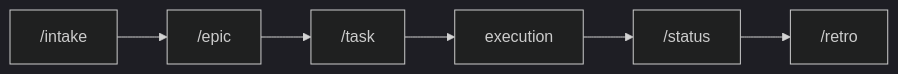
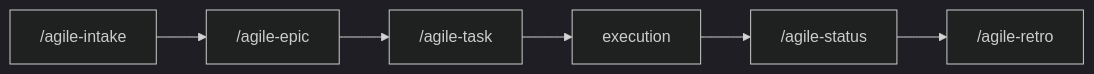
Before and after one commit to djalmajr/essential-skills: the diagram in skills/agile-task/SKILL.md, drawn with Mermaid (dark theme). The commit also changed other lines of this file and 16 other files, not shown here.

````diff
--- a/skills/agile-task/SKILL.md
+++ b/skills/agile-task/SKILL.md
@@ -116,8 +116,8 @@
 ```mermaid
 flowchart LR
-    A["/intake"] --> B["/epic"]
-    B --> C["/task"]
+    A["/agile-intake"] --> B["/agile-epic"]
+    B --> C["/agile-task"]
     C --> D[execution]
-    D --> E["/status"]
-    E --> F["/retro"]
+    D --> E["/agile-status"]
+    E --> F["/agile-retro"]
 ```
````
